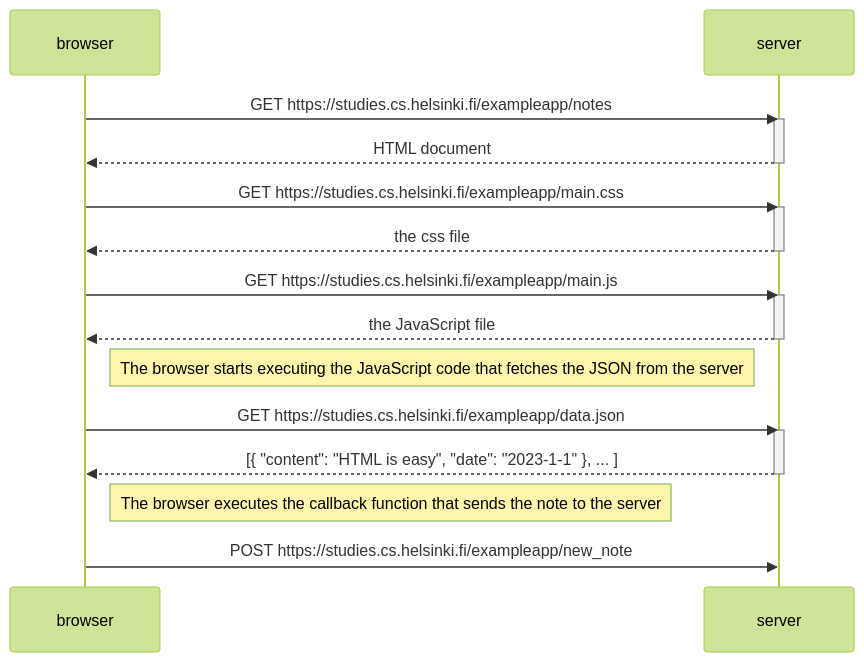
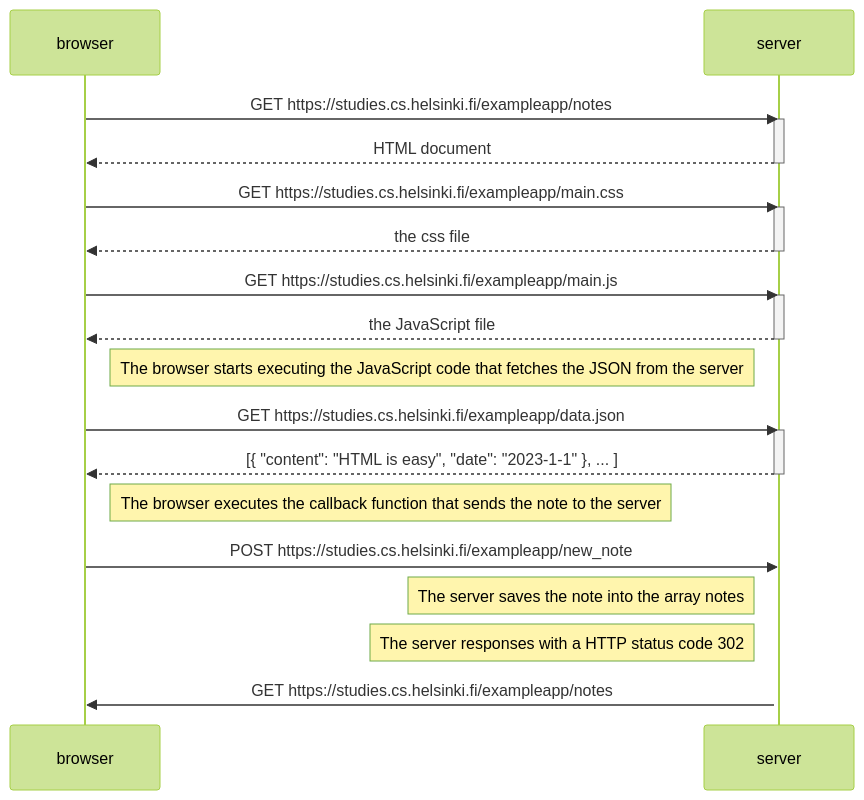
One commit to claudiainbytes/fullstackopen changed the diagram in part0/04.md. Above: the diagram before and after it, drawn with Mermaid (forest theme).

````diff
--- a/part0/04.md
+++ b/part0/04.md
@@ -1,33 +1,37 @@
 ```mermaid
 sequenceDiagram
     participant browser
     participant server
 
     browser->>server: GET https://studies.cs.helsinki.fi/exampleapp/notes
     activate server
     server-->>browser: HTML document
     deactivate server
 
     browser->>server: GET https://studies.cs.helsinki.fi/exampleapp/main.css
     activate server
     server-->>browser: the css file
     deactivate server
 
     browser->>server: GET https://studies.cs.helsinki.fi/exampleapp/main.js
     activate server
     server-->>browser: the JavaScript file
     deactivate server
 
     Note right of browser: The browser starts executing the JavaScript code that fetches the JSON from the server
 
     browser->>server: GET https://studies.cs.helsinki.fi/exampleapp/data.json
     activate server
     server-->>browser: [{ "content": "HTML is easy", "date": "2023-1-1" }, ... ]
     deactivate server
 
     Note right of browser: The browser executes the callback function that sends the note to the server
 
     browser->>server: POST https://studies.cs.helsinki.fi/exampleapp/new_note
     activate server
 
+    Note left of server: The server saves the note into the array notes
+    Note left of server:  The server responses with a HTTP status code 302
+    server->>browser: GET https://studies.cs.helsinki.fi/exampleapp/notes
+
 ```
````
